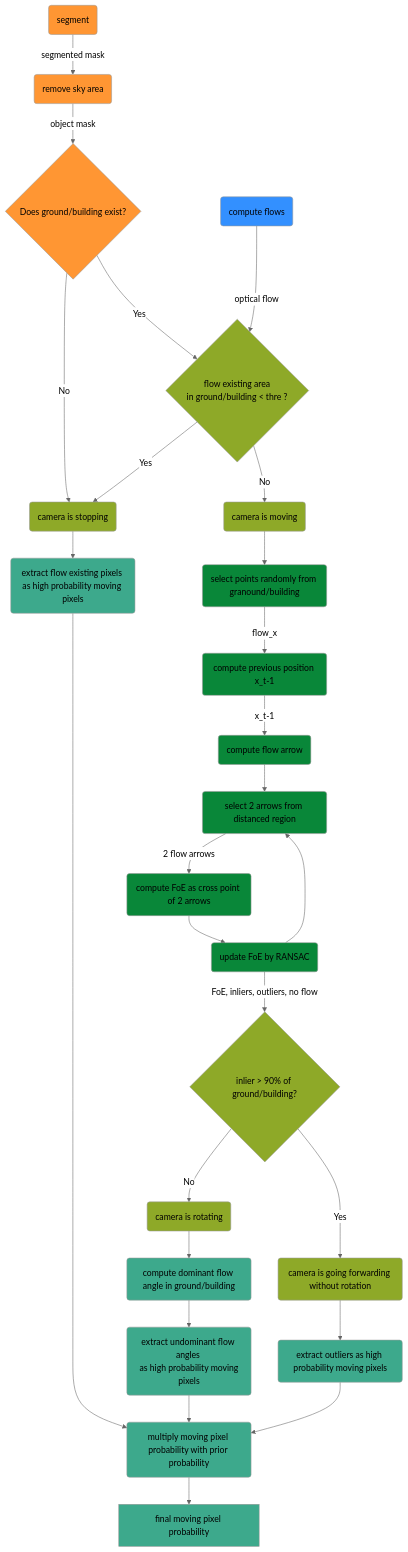
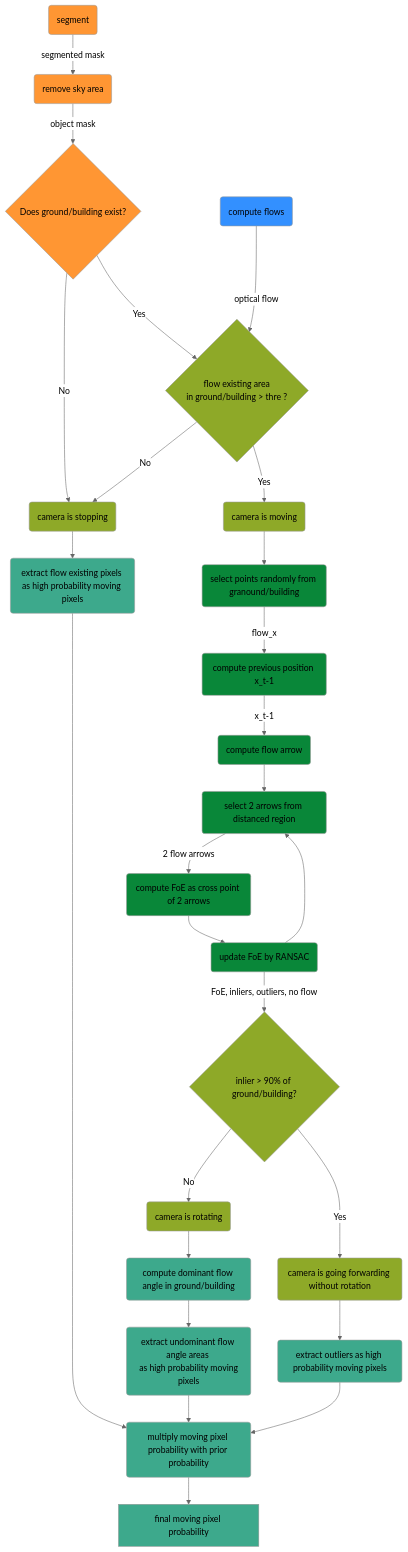
The diagram in doc/flowchart_foebased_movingobjectdetection.md (MasahiroOgawa/reconstruct4D), drawn with Mermaid (neutral theme) before and after one commit. The commit also changed 1 other file, not shown here.

Commit message:
update detailed flow diagram.

````diff
--- a/doc/flowchart_foebased_movingobjectdetection.md
+++ b/doc/flowchart_foebased_movingobjectdetection.md
@@ -1,34 +1,34 @@
 ```mermaid
 flowchart TD
     D(segment):::seg --> |segmented mask| P(remove sky area):::seg
     P --> |object mask| R{Does ground/building exist?}:::seg
-    R --> |Yes| M{flow existing area \n in ground/building < thre ?}:::cam
+    R --> |Yes| M{flow existing area \n in ground/building > thre ?}:::cam
     R --> |No| N
     A(compute flows) -->|optical flow| M
-    M --> |Yes| N(camera is stopping):::cam
-    M --> |No| O(camera is moving):::cam
+    M --> |No| N(camera is stopping):::cam
+    M --> |Yes| O(camera is moving):::cam
     O --> B(select points randomly from granound/building):::foe
     B --> |flow_x| C(compute previous position x_t-1):::foe
     C --> |x_t-1| E(compute flow arrow):::foe
     E --> F(select 2 arrows from distanced region):::foe
     F --> |2 flow arrows| G(compute FoE as cross point of 2 arrows):::foe
     H --> F
     G --> H(update FoE by RANSAC):::foe
     H --> |FoE, inliers, outliers, no flow| I{inlier > 90% of ground/building?}:::cam
     I --> |Yes| S(camera is going forwarding without rotation):::cam
     S --> J(extract outliers as high probability moving pixels):::movpix
     I --> |No| T(camera is rotating):::cam
     T --> K(compute dominant flow angle in ground/building):::movpix
     N --> Q(extract flow existing pixels as high probability moving pixels):::movpix
-    K --> L(extract undominant flow angles \n as high probability moving pixels):::movpix
+    K --> L(extract undominant flow angle areas \n as high probability moving pixels):::movpix
     Q --> U(multiply moving pixel probability with prior probability):::movpix
     L --> U
     J --> U
     U --> V[final moving pixel probability]:::movpix
 
     style A fill:#3390FF
     classDef seg fill:#FF9633 
     classDef foe fill:#098739
     classDef cam fill: #8EA928
     classDef movpix fill: #3DA98C
 ```
````
